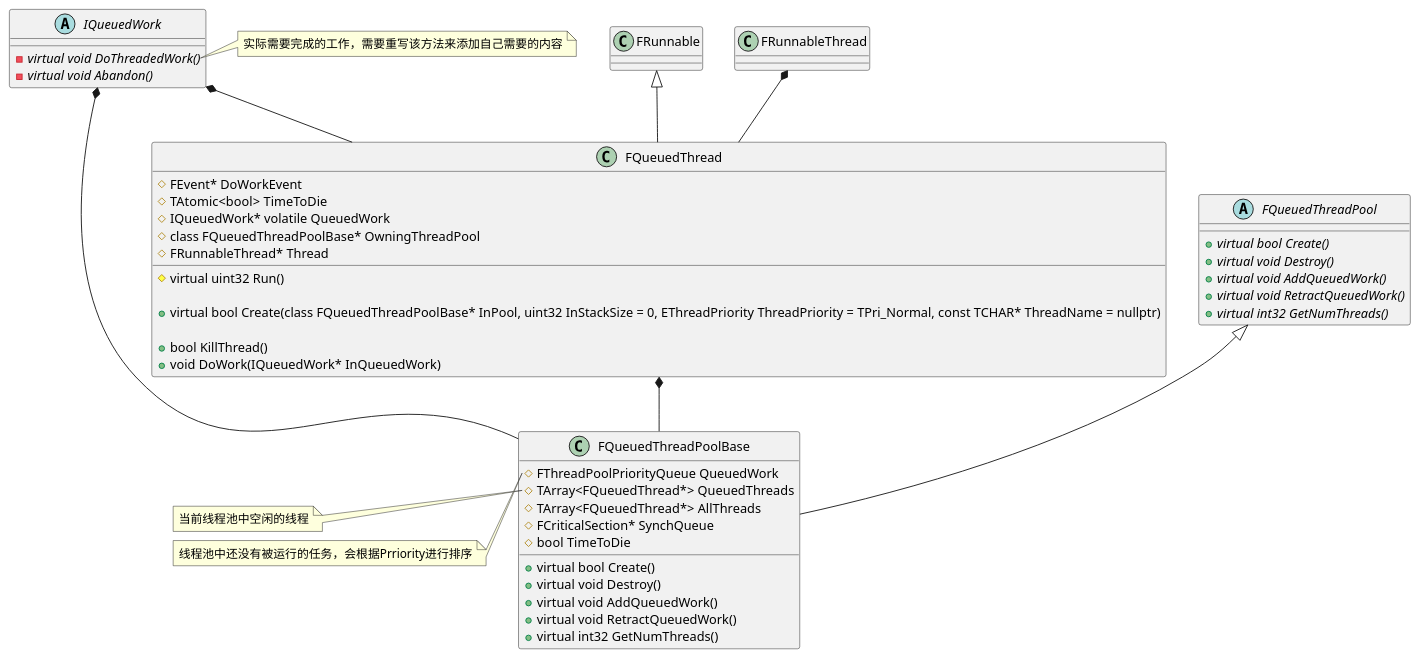
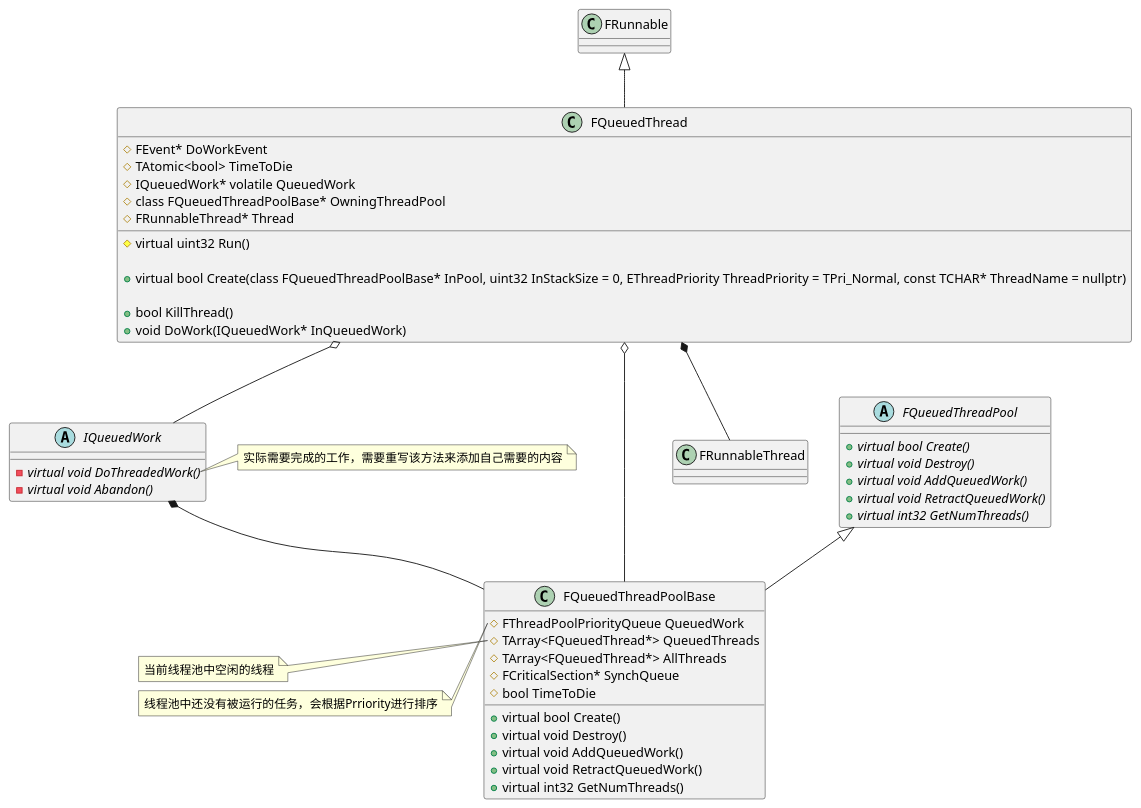
The fifth of 9 diagrams in Core/Async/UnrealEngine异步系统.md (xlxlzh/UENotes), drawn with PlantUML before and after one commit. The commit also changed other lines of this file, not shown here.

Commit message:
[*] Update the uml graph

````diff
--- a/Core/Async/UnrealEngine异步系统.md
+++ b/Core/Async/UnrealEngine异步系统.md
@@ -465,70 +465,70 @@
 ```plantuml
 @startuml
 abstract class IQueuedWork
 {
     {abstract} - virtual void DoThreadedWork()
     {abstract} - virtual void Abandon()
 }
 
 note right of IQueuedWork::DoThreadedWork
 实际需要完成的工作，需要重写该方法来添加自己需要的内容
 end note
 
 class FQueuedThread
 {
     # FEvent* DoWorkEvent
     # TAtomic<bool> TimeToDie
     # IQueuedWork* volatile QueuedWork
     # class FQueuedThreadPoolBase* OwningThreadPool
     # FRunnableThread* Thread
 
     # virtual uint32 Run()
 
     + virtual bool Create(class FQueuedThreadPoolBase* InPool, uint32 InStackSize = 0, EThreadPriority ThreadPriority = TPri_Normal, const TCHAR* ThreadName = nullptr)
 
     + bool KillThread()
     + void DoWork(IQueuedWork* InQueuedWork)
 }
 
 FRunnable <|-- FQueuedThread
-IQueuedWork *-- FQueuedThread
-FRunnableThread *-- FQueuedThread
+FQueuedThread o-- IQueuedWork
+FQueuedThread *-- FRunnableThread
 
 abstract class FQueuedThreadPool
 {
     {abstract} + virtual bool Create()
     {abstract} + virtual void Destroy()
     {abstract} + virtual void AddQueuedWork()
     {abstract} + virtual void RetractQueuedWork()
     {abstract} + virtual int32 GetNumThreads()
 }
 
 class FQueuedThreadPoolBase
 {
     # FThreadPoolPriorityQueue QueuedWork
     # TArray<FQueuedThread*> QueuedThreads
     # TArray<FQueuedThread*> AllThreads
     # FCriticalSection* SynchQueue
     # bool TimeToDie
 
     + virtual bool Create()
     + virtual void Destroy()
     + virtual void AddQueuedWork()
     + virtual void RetractQueuedWork()
     + virtual int32 GetNumThreads() 
 }
 
 FQueuedThreadPool <|-- FQueuedThreadPoolBase
-FQueuedThread *-- FQueuedThreadPoolBase
+FQueuedThread o-- FQueuedThreadPoolBase
 IQueuedWork *-- FQueuedThreadPoolBase
 
 note left of FQueuedThreadPoolBase::QueuedThreads
 当前线程池中空闲的线程
 end note
 
 note left of FQueuedThreadPoolBase::QueuedWork
 线程池中还没有被运行的任务，会根据Prriority进行排序
 end note
 
 @enduml
 ```
````
